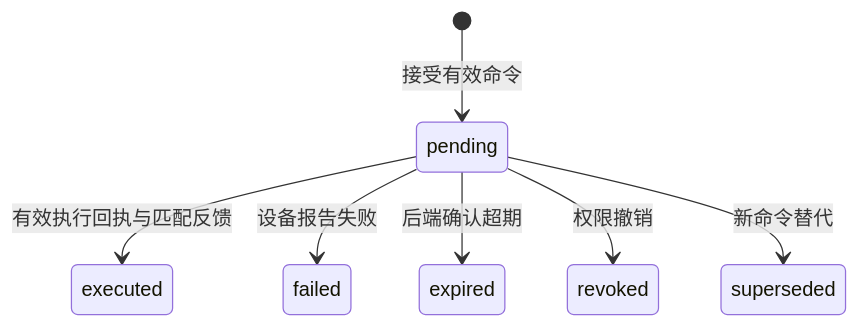
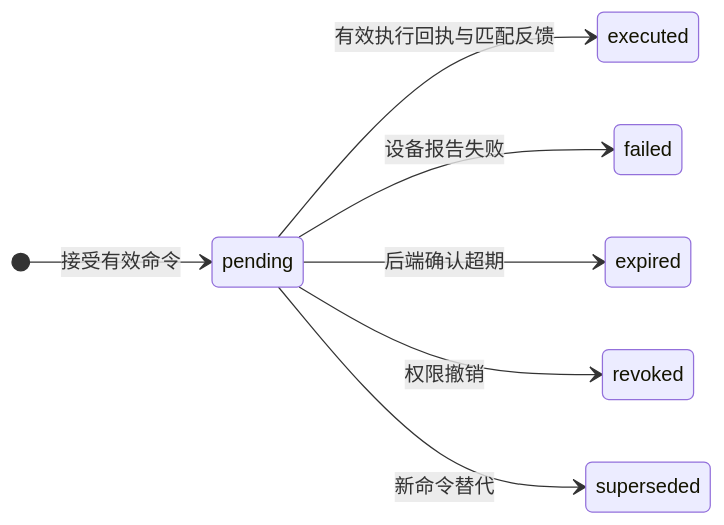
The fourth of 4 diagrams in docs/architecture.md (Bearono/smart_lock), drawn with Mermaid before and after one commit. The commit also changed other lines of this file and 8 other files, not shown here.

````diff
--- a/docs/architecture.md
+++ b/docs/architecture.md
@@ -79,9 +79,10 @@
 ```mermaid
 stateDiagram-v2
+  direction LR
   [*] --> pending: 接受有效命令
   pending --> executed: 有效执行回执与匹配反馈
   pending --> failed: 设备报告失败
   pending --> expired: 后端确认超期
   pending --> revoked: 权限撤销
   pending --> superseded: 新命令替代
 ```
````
